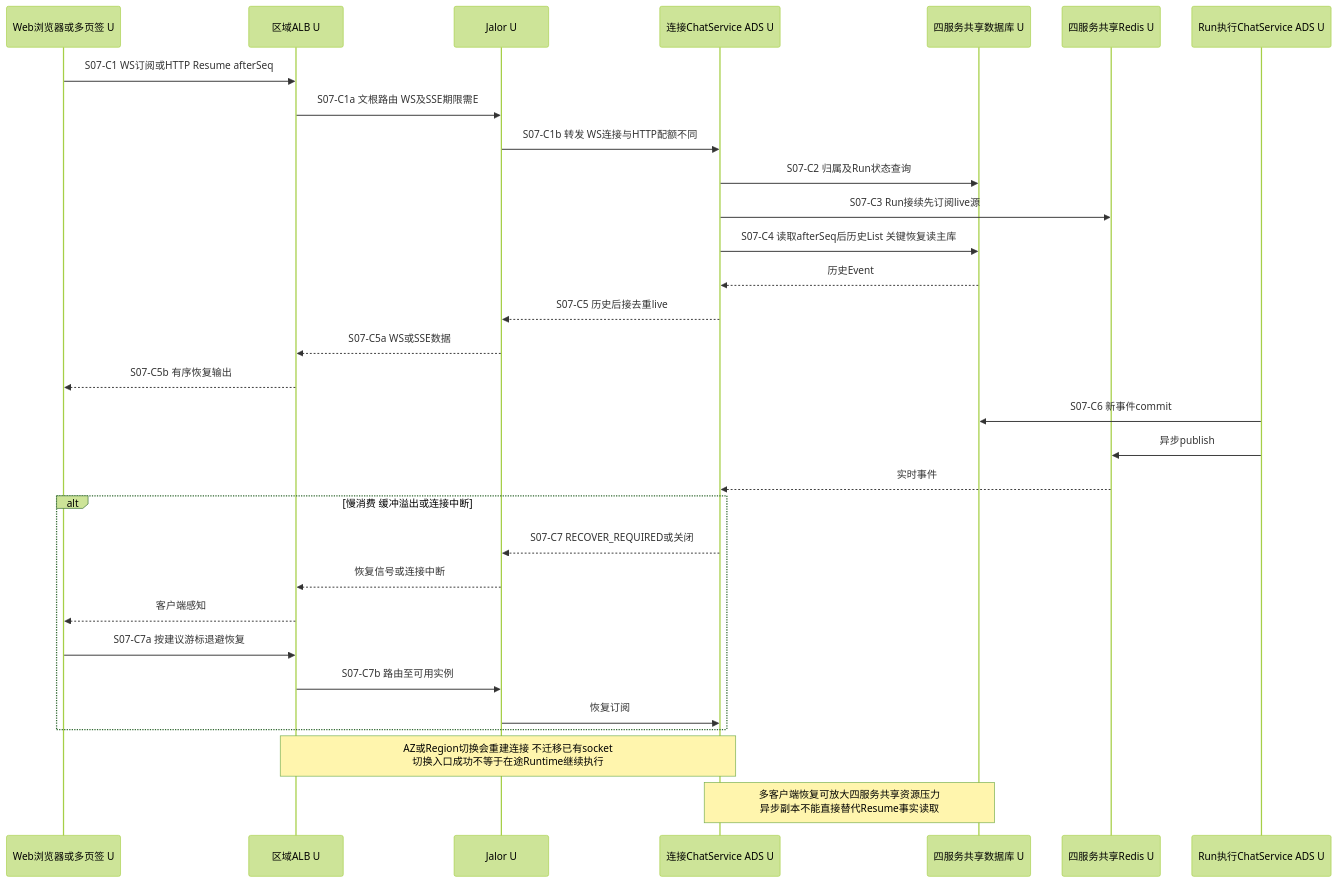
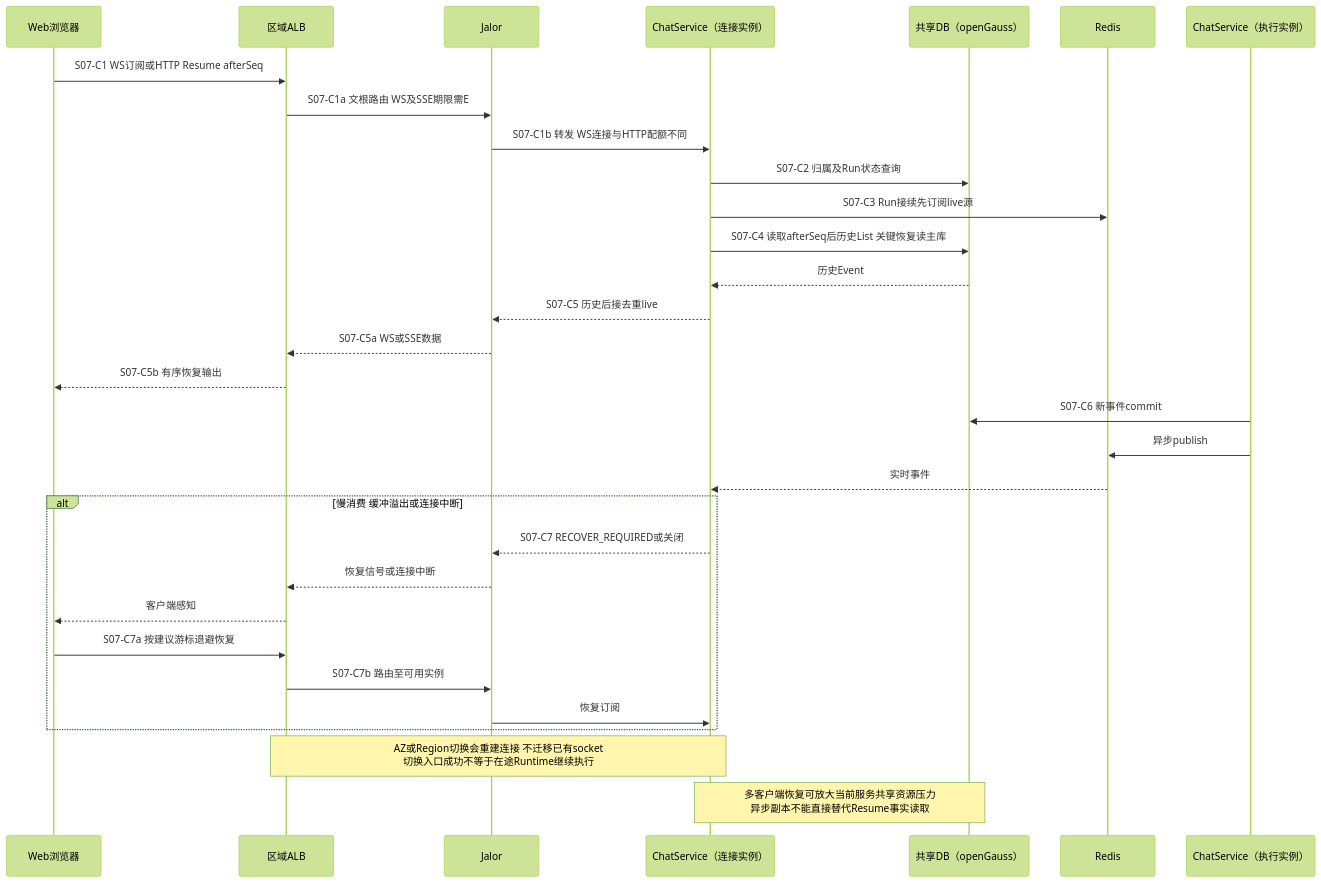
Diagram 13 of 24 in docs/architecture/high-availability/scenarios.md (kunben-duck/exweb), drawn with Mermaid (forest theme) before and after one commit. The commit also changed other lines of this file and 9 other files, not shown here.

````diff
--- a/docs/architecture/high-availability/scenarios.md
+++ b/docs/architecture/high-availability/scenarios.md
@@ -558,33 +666,33 @@
 ```mermaid
 sequenceDiagram
-    participant U as Web浏览器或多页签 U
-    participant L as 区域ALB U
-    participant G as Jalor U
-    participant C as 连接ChatService ADS U
-    participant D as 四服务共享数据库 U
-    participant R as 四服务共享Redis U
-    participant O as Run执行ChatService ADS U
+    participant U as Web浏览器
+    participant L as 区域ALB
+    participant G as Jalor
+    participant C as ChatService（连接实例）
+    participant D as 共享DB（openGauss）
+    participant R as Redis
+    participant O as ChatService（执行实例）
     U->>L: S07-C1 WS订阅或HTTP Resume afterSeq
     L->>G: S07-C1a 文根路由 WS及SSE期限需E
     G->>C: S07-C1b 转发 WS连接与HTTP配额不同
     C->>D: S07-C2 归属及Run状态查询
     C->>R: S07-C3 Run接续先订阅live源
     C->>D: S07-C4 读取afterSeq后历史List 关键恢复读主库
     D-->>C: 历史Event
     C-->>G: S07-C5 历史后接去重live
     G-->>L: S07-C5a WS或SSE数据
     L-->>U: S07-C5b 有序恢复输出
     O->>D: S07-C6 新事件commit
     O->>R: 异步publish
     R-->>C: 实时事件
     alt 慢消费 缓冲溢出或连接中断
         C-->>G: S07-C7 RECOVER_REQUIRED或关闭
         G-->>L: 恢复信号或连接中断
         L-->>U: 客户端感知
         U->>L: S07-C7a 按建议游标退避恢复
         L->>G: S07-C7b 路由至可用实例
         G->>C: 恢复订阅
     end
     Note over L,C: AZ或Region切换会重建连接 不迁移已有socket<br/>切换入口成功不等于在途Runtime继续执行
-    Note over C,D: 多客户端恢复可放大四服务共享资源压力<br/>异步副本不能直接替代Resume事实读取
+    Note over C,D: 多客户端恢复可放大当前服务共享资源压力<br/>异步副本不能直接替代Resume事实读取
 ```
````
